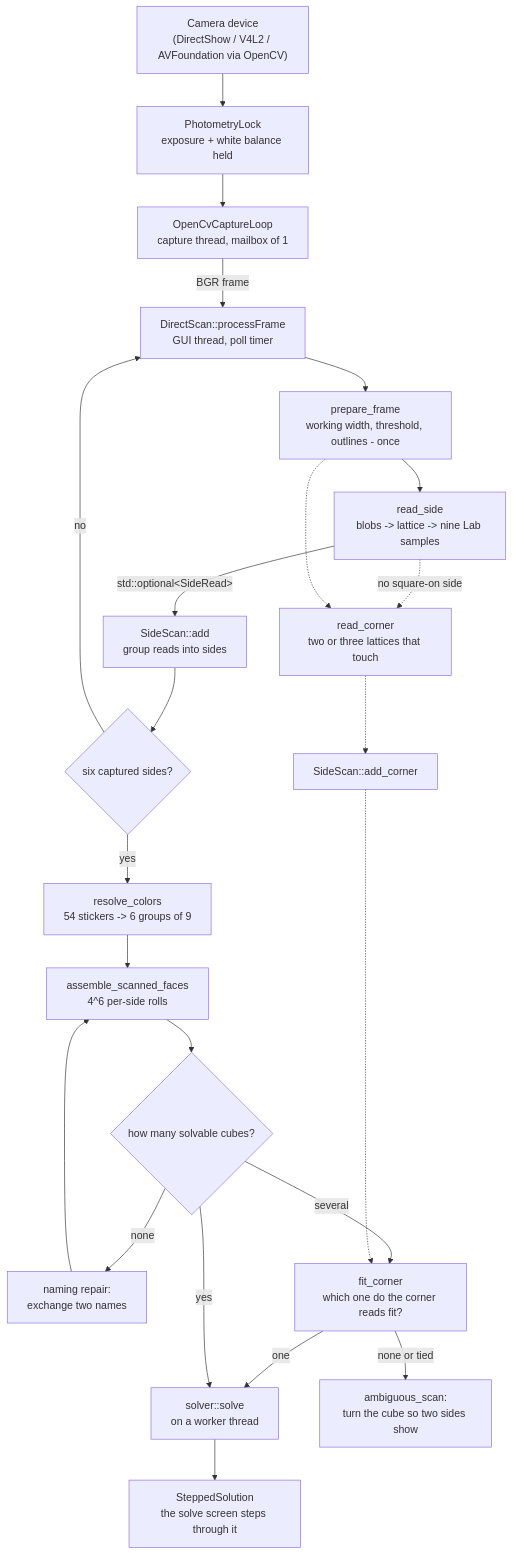
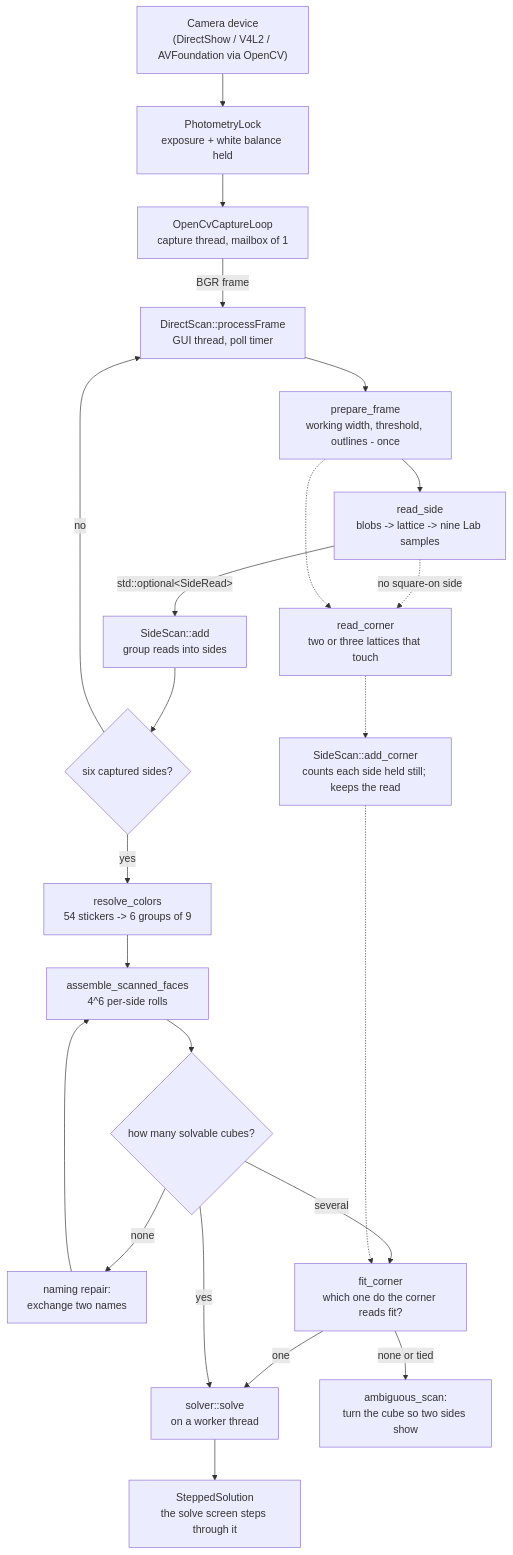
Before and after one commit to iainchesworth/cubeulator: the diagram in docs/vision-pipeline.md, drawn with Mermaid. The commit also changed other lines of this file and 8 other files, not shown here.

````diff
--- a/docs/vision-pipeline.md
+++ b/docs/vision-pipeline.md
@@ -18,25 +18,25 @@
 ```mermaid
 flowchart TD
     CAM["Camera device<br/>(DirectShow / V4L2 / AVFoundation via OpenCV)"] --> LOCK["PhotometryLock<br/>exposure + white balance held"]
     LOCK --> LOOP["OpenCvCaptureLoop<br/>capture thread, mailbox of 1"]
     LOOP -->|BGR frame| CTRL["DirectScan::processFrame<br/>GUI thread, poll timer"]
     CTRL --> PREP["prepare_frame<br/>working width, threshold, outlines - once"]
     PREP --> READ["read_side<br/>blobs -> lattice -> nine Lab samples"]
     READ -->|"std::optional&lt;SideRead&gt;"| SCAN["SideScan::add<br/>group reads into sides"]
     READ -.->|"no square-on side"| CORNER["read_corner<br/>two or three lattices that touch"]
     PREP -.-> CORNER
-    CORNER -.-> SCAN2["SideScan::add_corner"]
+    CORNER -.-> SCAN2["SideScan::add_corner<br/>counts each side held still; keeps the read"]
     SCAN --> SIX{"six captured sides?"}
     SIX -->|no| CTRL
     SIX -->|yes| NAME["resolve_colors<br/>54 stickers -> 6 groups of 9"]
     NAME --> ASM["assemble_scanned_faces<br/>4^6 per-side rolls"]
     ASM --> VALID{"how many solvable cubes?"}
     VALID -->|none| REPAIR["naming repair:<br/>exchange two names"]
     REPAIR --> ASM
     VALID -->|several| TIE["fit_corner<br/>which one do the corner reads fit?"]
     SCAN2 -.-> TIE
     TIE -->|one| SOLVE
     TIE -->|none or tied| AMBIG["ambiguous_scan:<br/>turn the cube so two sides show"]
     VALID -->|yes| SOLVE["solver::solve<br/>on a worker thread"]
     SOLVE --> STEP["SteppedSolution<br/>the solve screen steps through it"]
 ```
````
